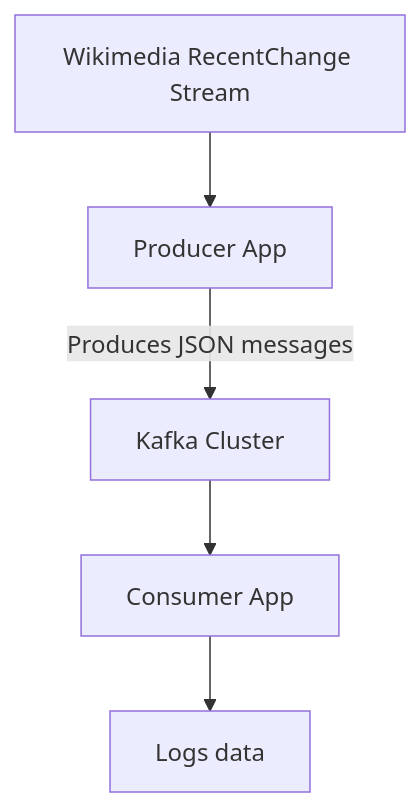
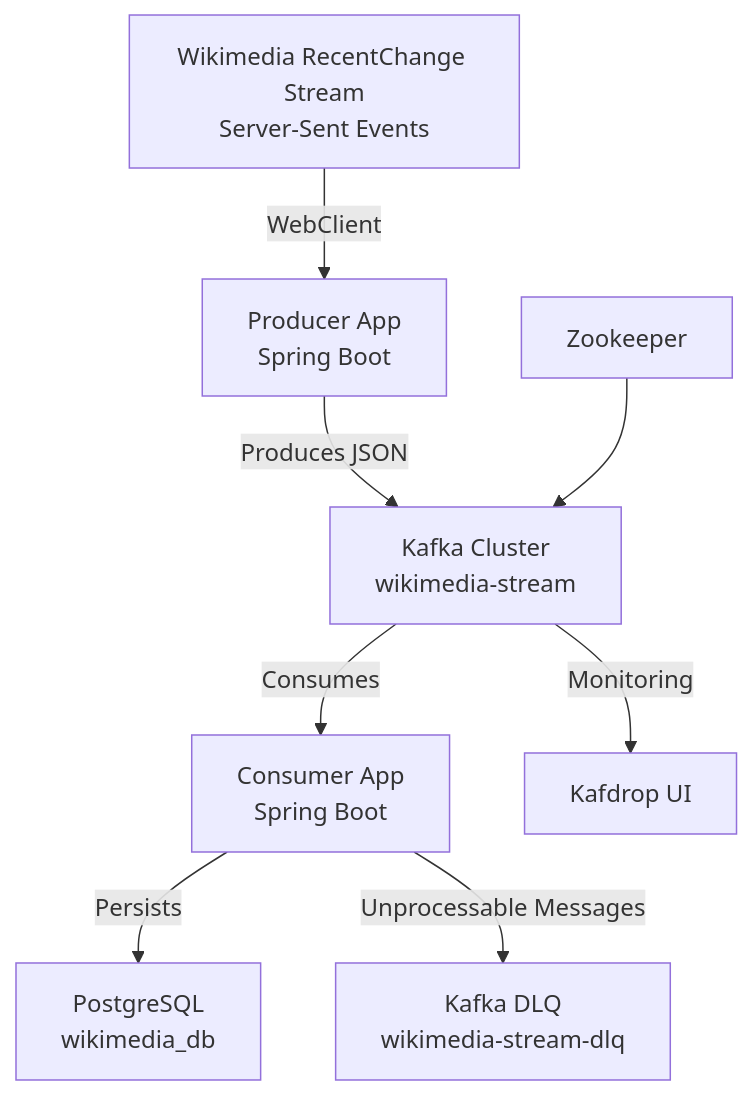
Before and after one commit to MrBomber0x001/Kafka-Spring-Boot-Demo: the diagram in README.md, drawn with Mermaid. The commit also changed other lines of this file and 16 other files, not shown here.

````diff
--- a/README.md
+++ b/README.md
@@ -10,7 +11,10 @@
 ```mermaid
 graph TD
-    A[Wikimedia RecentChange Stream] --> B[Producer App]
-    B -->|Produces JSON messages| C[Kafka Cluster]
-    C --> D[Consumer App]
-    D --> E[Logs data ]
+    A[Wikimedia RecentChange Stream<br>Server-Sent Events] -->|WebClient| B[Producer App<br>Spring Boot]
+    B -->|Produces JSON| C[Kafka Cluster<br>wikimedia-stream]
+    C -->|Consumes| D[Consumer App<br>Spring Boot]
+    D -->|Persists| E[PostgreSQL<br>wikimedia_db]
+    D -->|Unprocessable Messages| F[Kafka DLQ<br>wikimedia-stream-dlq]
+    C -->|Monitoring| G[Kafdrop UI]
+    H[Zookeeper] --> C
 ```
````
